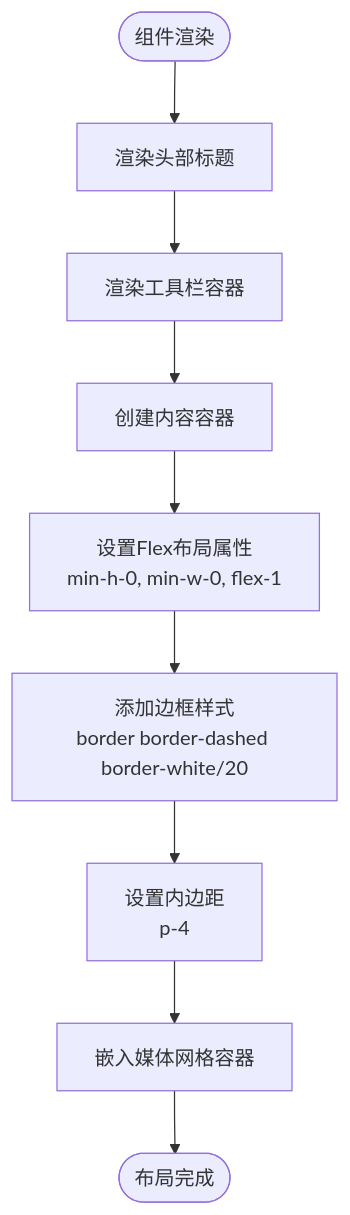
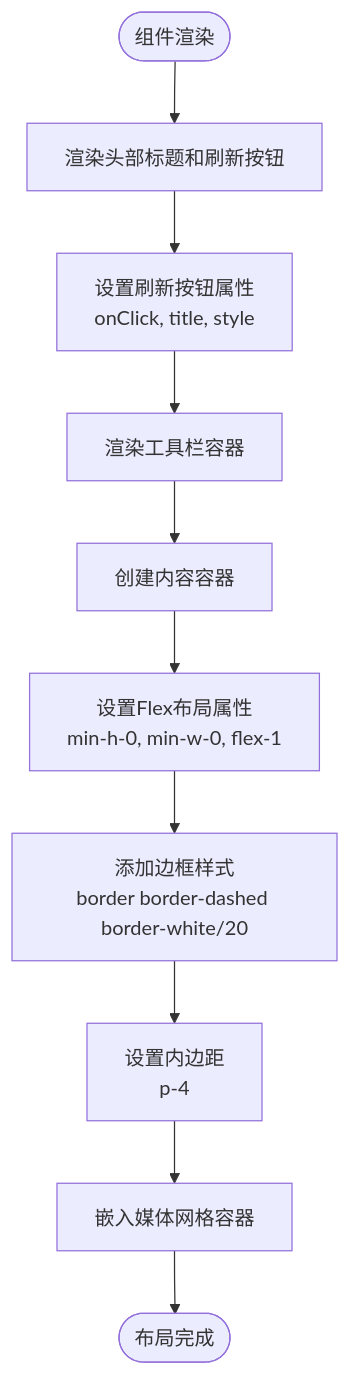
Before and after one commit to YLee9527/Medex: the second of 15 diagrams in doc/repowiki/zh/content/前端开发/UI 组件详解/主内容组件 (Main).md, drawn with Mermaid. The commit also changed other lines of this file and 31 other files, not shown here.

First line of the commit message:
docs(doc): 添加部署脚本、锁屏功能、发布指南及设置按钮图标文档

````diff
--- a/doc/repowiki/zh/content/前端开发/UI 组件详解/主内容组件 (Main).md
+++ b/doc/repowiki/zh/content/前端开发/UI 组件详解/主内容组件 (Main).md
@@ -93,11 +115,12 @@
 ```mermaid
 flowchart TD
-Start([组件渲染]) --> Header["渲染头部标题"]
-Header --> Toolbar["渲染工具栏容器"]
+Start([组件渲染]) --> Header["渲染头部标题和刷新按钮"]
+Header --> Refresh["设置刷新按钮属性<br/>onClick, title, style"]
+Refresh --> Toolbar["渲染工具栏容器"]
 Toolbar --> Content["创建内容容器"]
 Content --> Container["设置Flex布局属性<br/>min-h-0, min-w-0, flex-1"]
 Container --> Border["添加边框样式<br/>border border-dashed border-white/20"]
 Border --> Padding["设置内边距<br/>p-4"]
 Padding --> MediaGrid["嵌入媒体网格容器"]
 MediaGrid --> End([布局完成])
 ```
````
